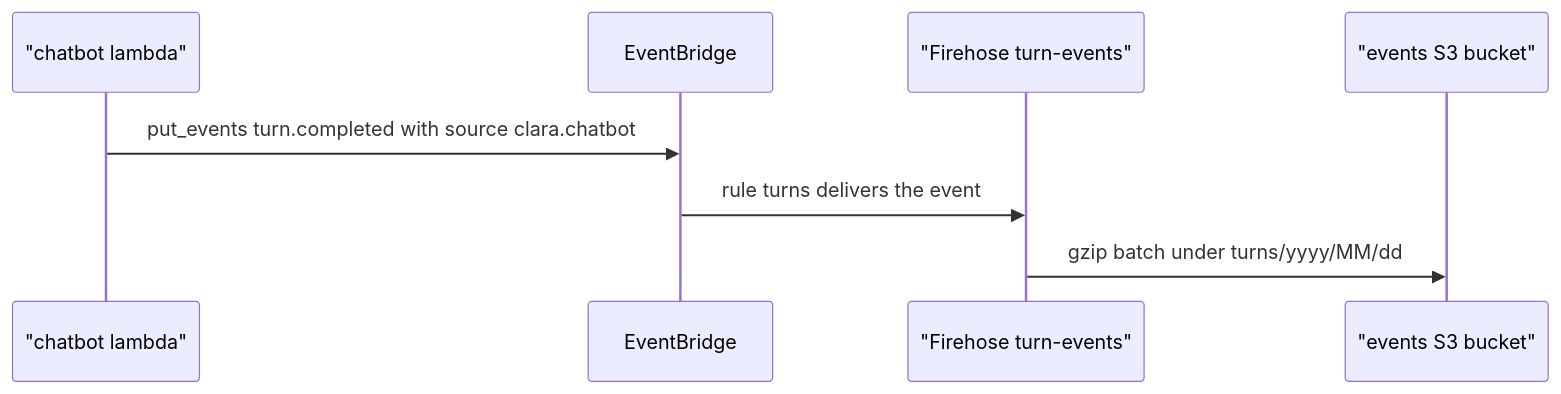
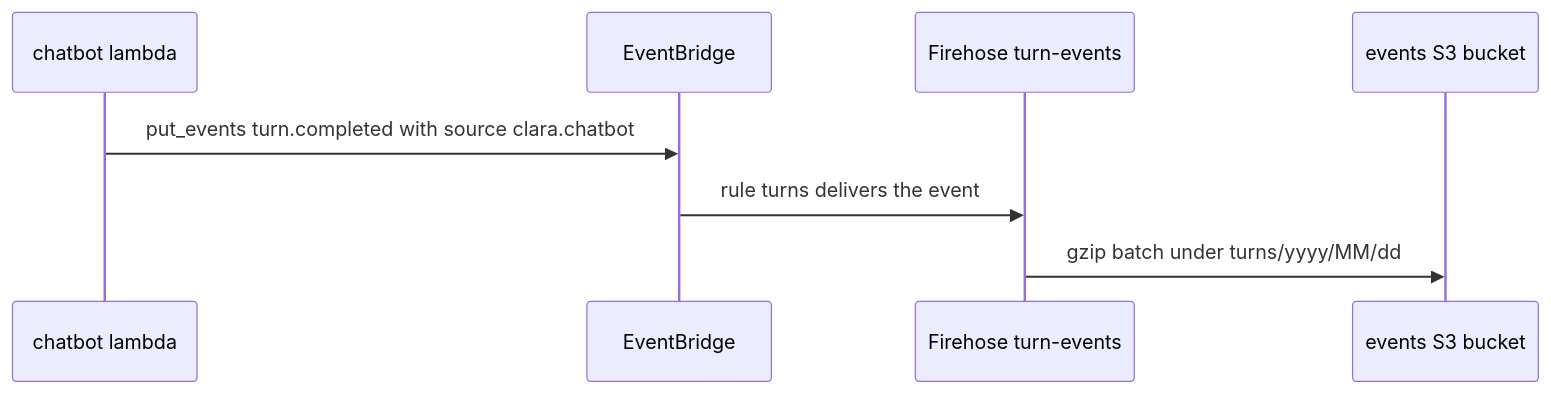
One commit to Team-ACGS/factored-hackathon-2026-acgs changed the ninth of 17 diagrams in docs/modules/assistant/flows.md. Above: the diagram before and after it, drawn with Mermaid. The commit also changed other lines of this file and 6 other files, not shown here.

Commit message:
docs(assistant,cases,data,identity,messaging): reviewer findings on flows and readme, round 2

````diff
--- a/docs/modules/assistant/flows.md
+++ b/docs/modules/assistant/flows.md
@@ -308,10 +316,10 @@
 ```mermaid
 sequenceDiagram
-  participant Chatbot as "chatbot lambda"
+  participant Chatbot as chatbot lambda
   participant Bus as EventBridge
-  participant Firehose as "Firehose turn-events"
-  participant S3 as "events S3 bucket"
+  participant Firehose as Firehose turn-events
+  participant S3 as events S3 bucket
   Chatbot->>Bus: put_events turn.completed with source clara.chatbot
   Bus->>Firehose: rule turns delivers the event
   Firehose->>S3: gzip batch under turns/yyyy/MM/dd
 ```
````
